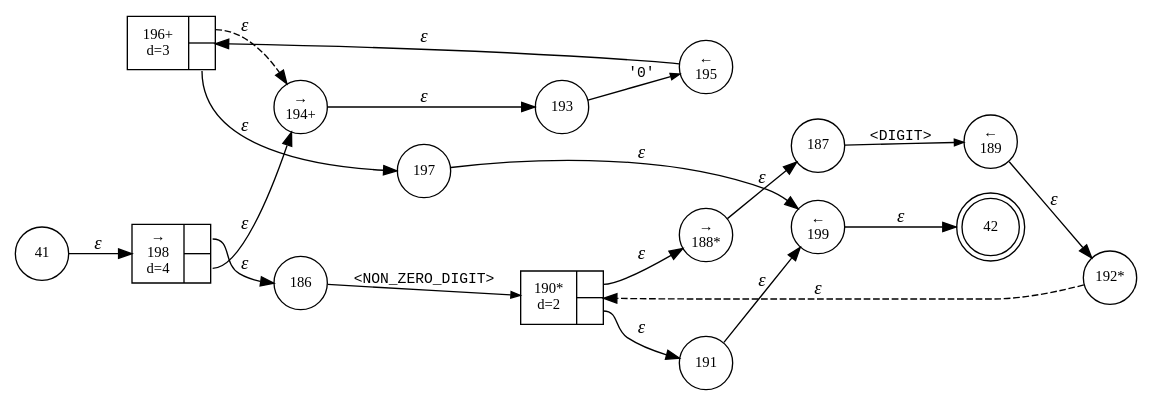
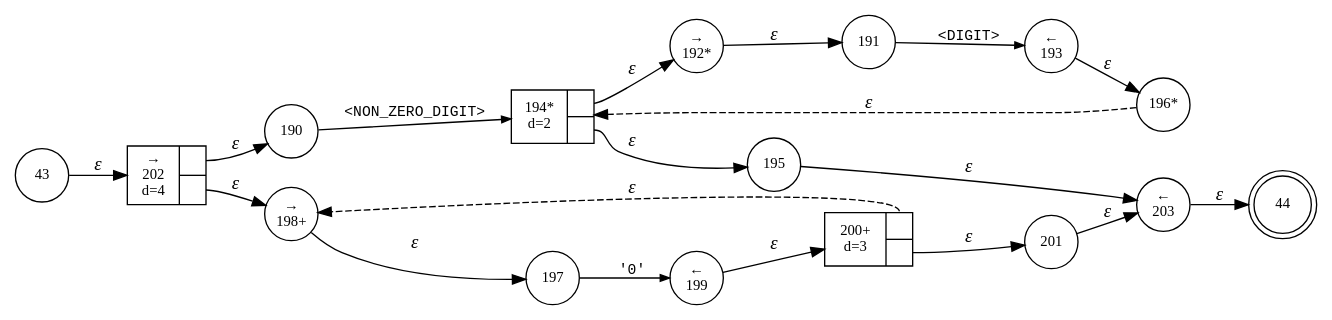
The diagram in internal/parser/BundLexer.DECIMAL_INTEGER.dot (vulogov/Bund-old), drawn with Graphviz before and after one commit. The commit also changed 169 other files, not shown here.

```diff
--- a/internal/parser/BundLexer.DECIMAL_INTEGER.dot
+++ b/internal/parser/BundLexer.DECIMAL_INTEGER.dot
@@ -1,37 +1,37 @@
 digraph ATN {
 rankdir=LR;
-s42[fontsize=11, label="42", shape=doublecircle, fixedsize=true, width=.6];
-s192[fontsize=11,label="192*", shape=circle, fixedsize=true, width=.55, peripheries=1];
-s193[fontsize=11,label="193", shape=circle, fixedsize=true, width=.55, peripheries=1];
-s194[fontsize=11,label="&rarr;\n194+", shape=circle, fixedsize=true, width=.55, peripheries=1];
-s195[fontsize=11,label="&larr;\n195", shape=circle, fixedsize=true, width=.55, peripheries=1];
-s196[fontsize=11,label="{196+\nd=3|{<p0>|<p1>}}", shape=record, fixedsize=false, peripheries=1];
+s44[fontsize=11, label="44", shape=doublecircle, fixedsize=true, width=.6];
+s192[fontsize=11,label="&rarr;\n192*", shape=circle, fixedsize=true, width=.55, peripheries=1];
+s193[fontsize=11,label="&larr;\n193", shape=circle, fixedsize=true, width=.55, peripheries=1];
+s194[fontsize=11,label="{194*\nd=2|{<p0>|<p1>}}", shape=record, fixedsize=false, peripheries=1];
+s195[fontsize=11,label="195", shape=circle, fixedsize=true, width=.55, peripheries=1];
+s196[fontsize=11,label="196*", shape=circle, fixedsize=true, width=.55, peripheries=1];
 s197[fontsize=11,label="197", shape=circle, fixedsize=true, width=.55, peripheries=1];
-s198[fontsize=11,label="{&rarr;\n198\nd=4|{<p0>|<p1>}}", shape=record, fixedsize=false, peripheries=1];
+s198[fontsize=11,label="&rarr;\n198+", shape=circle, fixedsize=true, width=.55, peripheries=1];
 s199[fontsize=11,label="&larr;\n199", shape=circle, fixedsize=true, width=.55, peripheries=1];
-s41[fontsize=11,label="41", shape=circle, fixedsize=true, width=.55, peripheries=1];
-s186[fontsize=11,label="186", shape=circle, fixedsize=true, width=.55, peripheries=1];
-s187[fontsize=11,label="187", shape=circle, fixedsize=true, width=.55, peripheries=1];
-s188[fontsize=11,label="&rarr;\n188*", shape=circle, fixedsize=true, width=.55, peripheries=1];
-s189[fontsize=11,label="&larr;\n189", shape=circle, fixedsize=true, width=.55, peripheries=1];
-s190[fontsize=11,label="{190*\nd=2|{<p0>|<p1>}}", shape=record, fixedsize=false, peripheries=1];
+s200[fontsize=11,label="{200+\nd=3|{<p0>|<p1>}}", shape=record, fixedsize=false, peripheries=1];
+s201[fontsize=11,label="201", shape=circle, fixedsize=true, width=.55, peripheries=1];
+s202[fontsize=11,label="{&rarr;\n202\nd=4|{<p0>|<p1>}}", shape=record, fixedsize=false, peripheries=1];
+s43[fontsize=11,label="43", shape=circle, fixedsize=true, width=.55, peripheries=1];
+s203[fontsize=11,label="&larr;\n203", shape=circle, fixedsize=true, width=.55, peripheries=1];
+s190[fontsize=11,label="190", shape=circle, fixedsize=true, width=.55, peripheries=1];
 s191[fontsize=11,label="191", shape=circle, fixedsize=true, width=.55, peripheries=1];
-s41 -> s198 [fontname="Times-Italic", label="&epsilon;"];
-s198:p0 -> s186 [fontname="Times-Italic", label="&epsilon;"];
-s198:p1 -> s194 [fontname="Times-Italic", label="&epsilon;"];
-s186 -> s190 [fontsize=11, fontname="Courier", arrowsize=.7, label = "<NON_ZERO_DIGIT>", arrowhead = normal];
-s194 -> s193 [fontname="Times-Italic", label="&epsilon;"];
-s190:p0 -> s188 [fontname="Times-Italic", label="&epsilon;"];
-s190:p1 -> s191 [fontname="Times-Italic", label="&epsilon;"];
-s193 -> s195 [fontsize=11, fontname="Courier", arrowsize=.7, label = "'0'", arrowhead = normal];
-s188 -> s187 [fontname="Times-Italic", label="&epsilon;"];
-s191 -> s199 [fontname="Times-Italic", label="&epsilon;"];
-s195 -> s196 [fontname="Times-Italic", label="&epsilon;"];
-s187 -> s189 [fontsize=11, fontname="Courier", arrowsize=.7, label = "<DIGIT>", arrowhead = normal];
-s199 -> s42 [fontname="Times-Italic", label="&epsilon;"];
-s196:p0 -> s194 [fontname="Times-Italic", label="&epsilon;", style="dashed"];
-s196:p1 -> s197 [fontname="Times-Italic", label="&epsilon;"];
-s189 -> s192 [fontname="Times-Italic", label="&epsilon;"];
-s197 -> s199 [fontname="Times-Italic", label="&epsilon;"];
-s192 -> s190 [fontname="Times-Italic", label="&epsilon;", style="dashed"];
+s43 -> s202 [fontname="Times-Italic", label="&epsilon;"];
+s202:p0 -> s190 [fontname="Times-Italic", label="&epsilon;"];
+s202:p1 -> s198 [fontname="Times-Italic", label="&epsilon;"];
+s190 -> s194 [fontsize=11, fontname="Courier", arrowsize=.7, label = "<NON_ZERO_DIGIT>", arrowhead = normal];
+s198 -> s197 [fontname="Times-Italic", label="&epsilon;"];
+s194:p0 -> s192 [fontname="Times-Italic", label="&epsilon;"];
+s194:p1 -> s195 [fontname="Times-Italic", label="&epsilon;"];
+s197 -> s199 [fontsize=11, fontname="Courier", arrowsize=.7, label = "'0'", arrowhead = normal];
+s192 -> s191 [fontname="Times-Italic", label="&epsilon;"];
+s195 -> s203 [fontname="Times-Italic", label="&epsilon;"];
+s199 -> s200 [fontname="Times-Italic", label="&epsilon;"];
+s191 -> s193 [fontsize=11, fontname="Courier", arrowsize=.7, label = "<DIGIT>", arrowhead = normal];
+s203 -> s44 [fontname="Times-Italic", label="&epsilon;"];
+s200:p0 -> s198 [fontname="Times-Italic", label="&epsilon;", style="dashed"];
+s200:p1 -> s201 [fontname="Times-Italic", label="&epsilon;"];
+s193 -> s196 [fontname="Times-Italic", label="&epsilon;"];
+s201 -> s203 [fontname="Times-Italic", label="&epsilon;"];
+s196 -> s194 [fontname="Times-Italic", label="&epsilon;", style="dashed"];
 }
```
